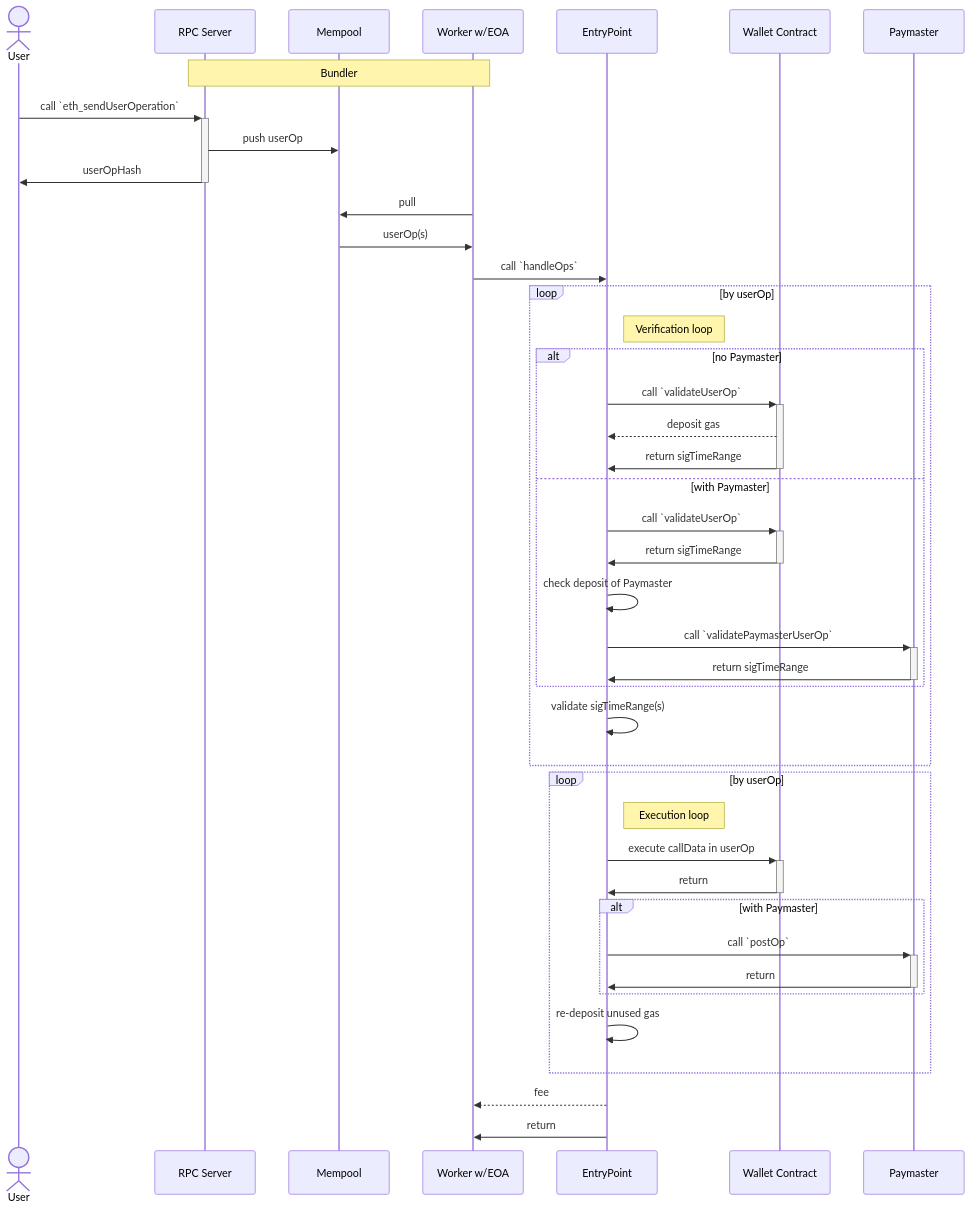
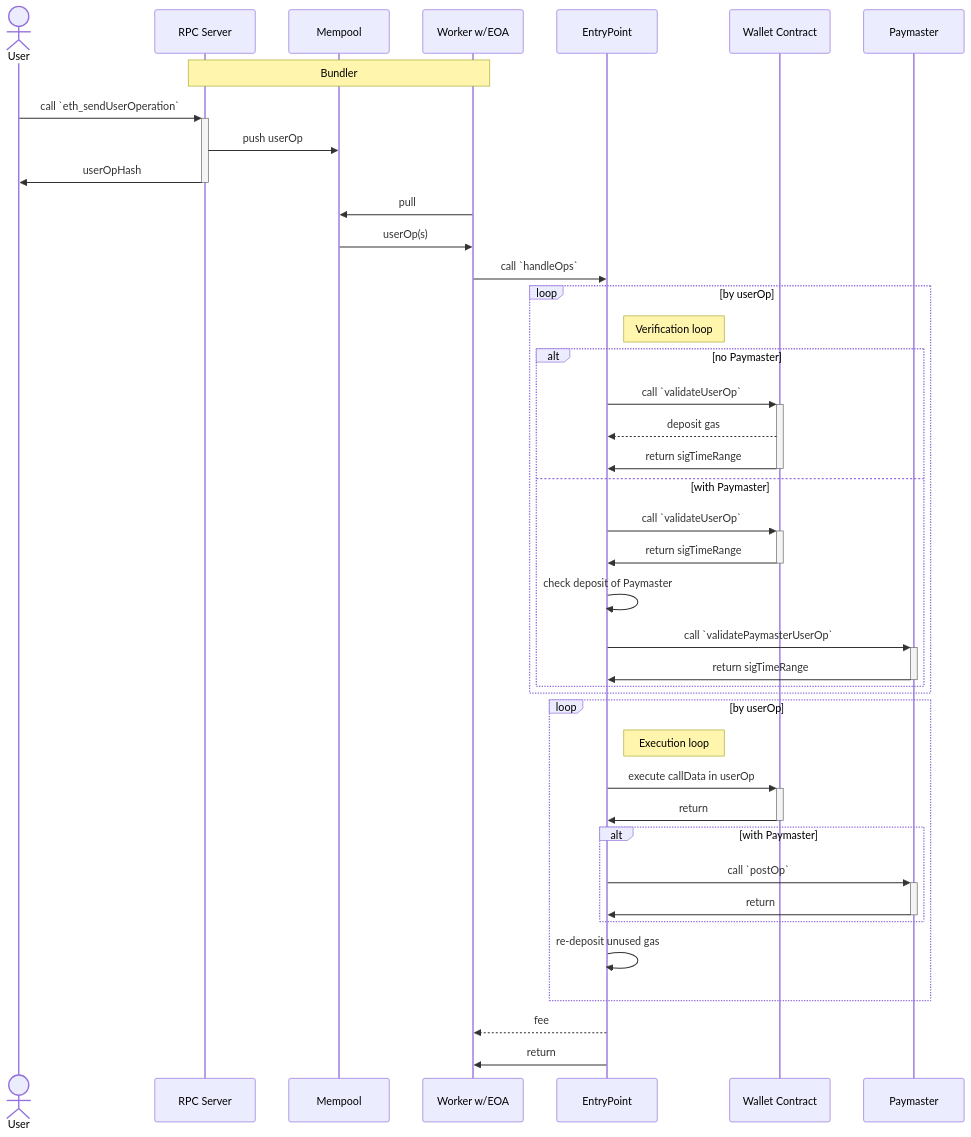
One commit to taxio/zenn changed the first of 6 diagrams in articles/834e6a04bd6b80.md. Above: the diagram before and after it, drawn with Mermaid. The commit also changed other lines of this file, not shown here.

````diff
--- a/articles/834e6a04bd6b80.md
+++ b/articles/834e6a04bd6b80.md
@@ -21,51 +21,50 @@
 ```mermaid
 sequenceDiagram
   Actor User
   participant RPC Server
   participant Mempool
   participant Worker w/EOA
   participant EntryPoint
   participant Wallet Contract
   participant Paymaster
 
   Note over RPC Server,Worker w/EOA: Bundler
 
   User->>+RPC Server: call `eth_sendUserOperation`
   RPC Server->>Mempool: push userOp
   RPC Server->>-User: userOpHash
 
   Worker w/EOA->>Mempool: pull
   Mempool->>Worker w/EOA: userOp(s)
   Worker w/EOA->>EntryPoint: call `handleOps`
 
   loop by userOp
     Note right of EntryPoint: Verification loop
     alt no Paymaster
       EntryPoint->>+Wallet Contract: call `validateUserOp`
       Wallet Contract-->>EntryPoint: deposit gas
       Wallet Contract->>-EntryPoint: return sigTimeRange
     else with Paymaster
       EntryPoint->>+Wallet Contract: call `validateUserOp`
       Wallet Contract->>-EntryPoint: return sigTimeRange
       EntryPoint->>EntryPoint: check deposit of Paymaster
       EntryPoint->>+Paymaster: call `validatePaymasterUserOp`
       Paymaster->>-EntryPoint: return sigTimeRange
     end
-    EntryPoint->>EntryPoint: validate sigTimeRange(s)
   end
 
   loop by userOp
     Note right of EntryPoint: Execution loop
     EntryPoint->>+Wallet Contract: execute callData in userOp
     Wallet Contract->>-EntryPoint: return
     alt with Paymaster
       EntryPoint->>+Paymaster: call `postOp`
       Paymaster->>-EntryPoint: return
     end
     EntryPoint->>EntryPoint: re-deposit unused gas
   end
 
   EntryPoint-->>Worker w/EOA: fee
 
   EntryPoint->>Worker w/EOA: return
 ```
````
